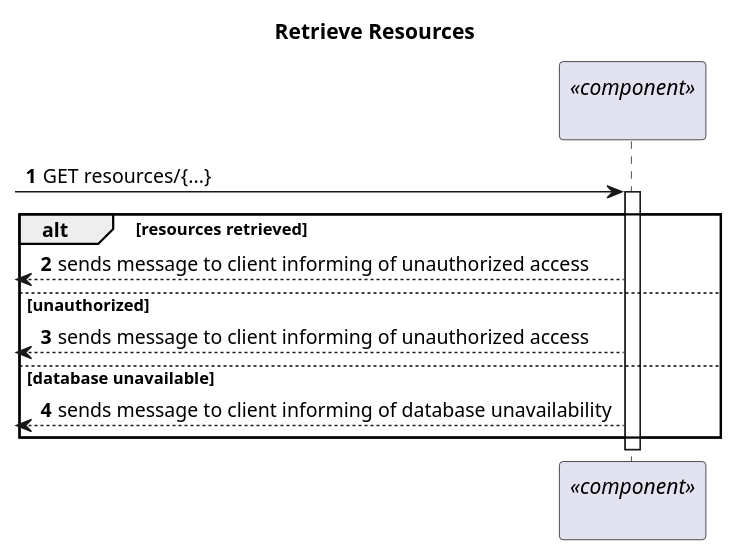
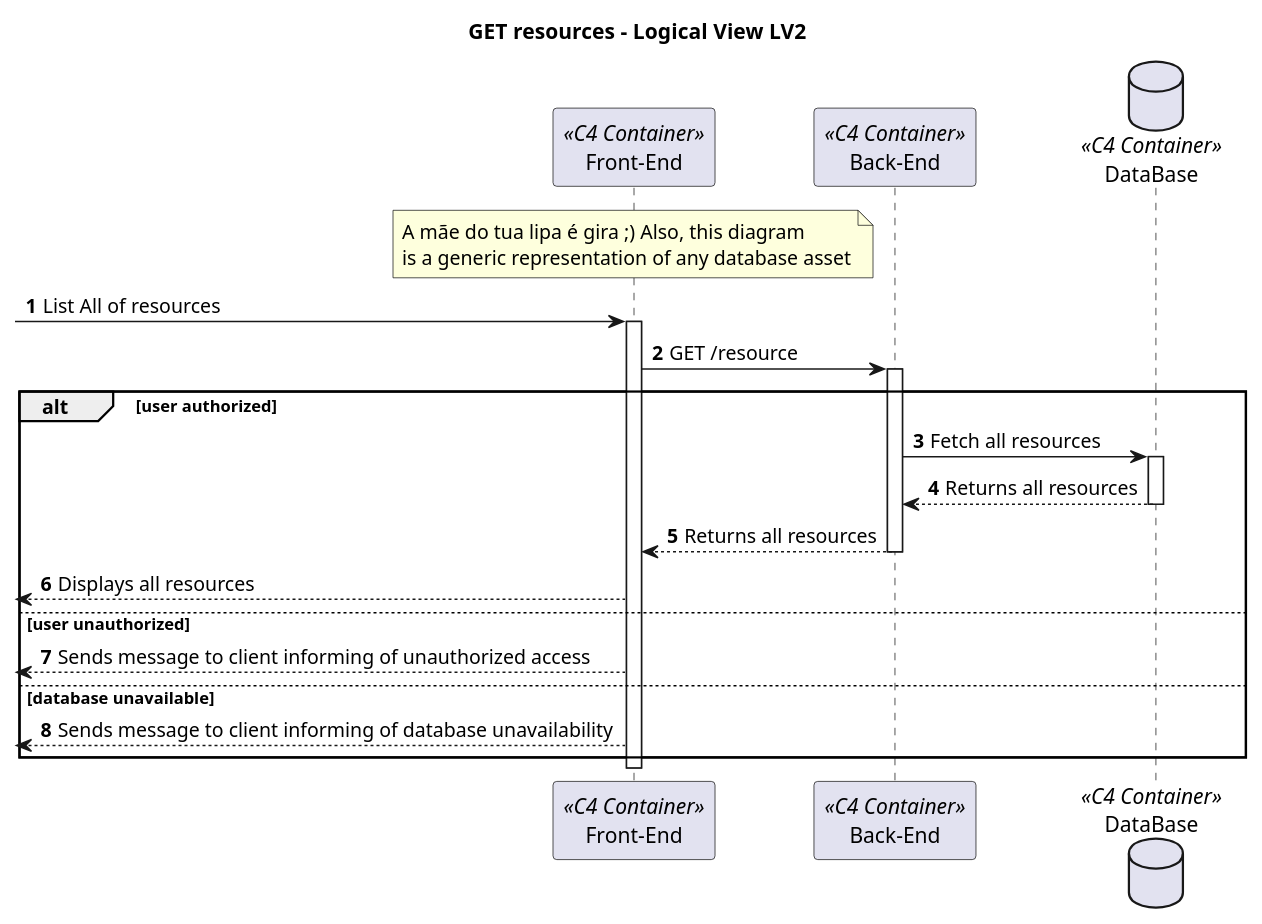
The diagram in Docs/SprintA/global_artifacts/generic_GET/level2/genericGetLevel2.puml (Saquinho74/LAPR5), drawn with PlantUML before and after one commit. The commit also changed 2 other files, not shown here.

Commit message:
Generic GET documentation updated

```diff
--- a/Docs/SprintA/global_artifacts/generic_GET/level2/genericGetLevel2.puml
+++ b/Docs/SprintA/global_artifacts/generic_GET/level2/genericGetLevel2.puml
@@ -1,28 +1,42 @@
-@startuml Process View - Level 2
+@startuml Process View - Level 3
 
 autonumber
 skinparam packageStyle rect
 
-title Retrieve Resources
+title GET resources - Logical View LV2
 
-participant "       " as DAM <<component>>
+participant "Front-End" as FE <<C4 Container>>
+participant "Back-End" as BE <<C4 Container>>
+database "DataBase" as DB <<C4 Container>>
 
--> DAM: GET resources/{...}
+note over FE
+A mãe do tua lipa é gira ;) Also, this diagram
+is a generic representation of any database asset
+end note
 
-activate DAM
+-> FE: List All of resources
+activate FE
+FE -> BE: GET /resource
+activate BE
+alt user authorized
 
-alt resources retrieved
+BE -> DB: Fetch all resources
+activate DB
+DB --> BE: Returns all resources
+deactivate DB
 
-  <-- DAM: sends message to client informing of unauthorized access
+BE --> FE: Returns all resources
+deactivate BE
+<-- FE : Displays all resources
 
-else unauthorized
+else user unauthorized
 
-  <-- DAM: sends message to client informing of unauthorized access
+<-- FE: Sends message to client informing of unauthorized access
 
 else database unavailable
+<-- FE: Sends message to client informing of database unavailability
+end alt
+deactivate FE
 
-  <-- DAM: sends message to client informing of database unavailability
-
-end
 
 @enduml
```
